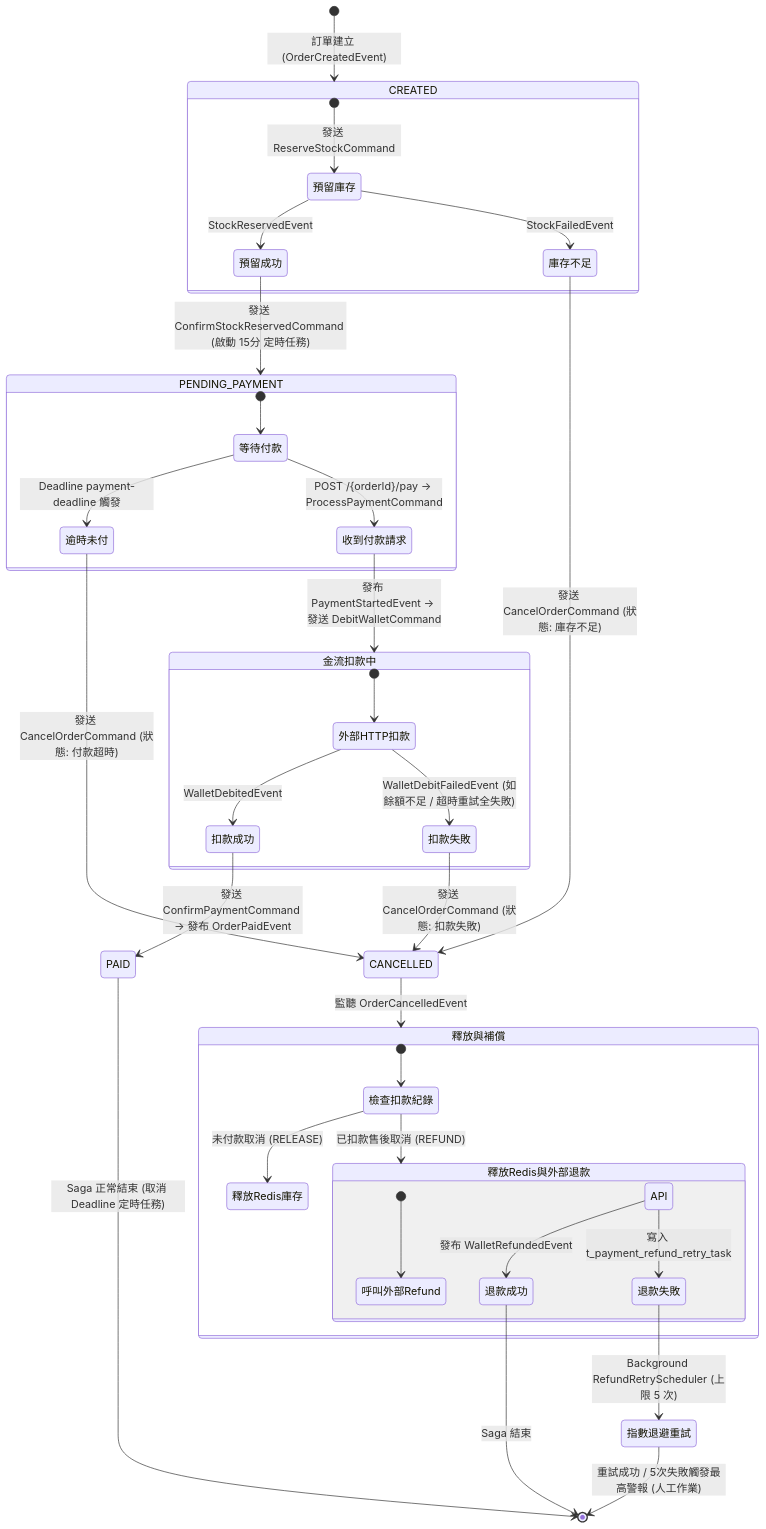
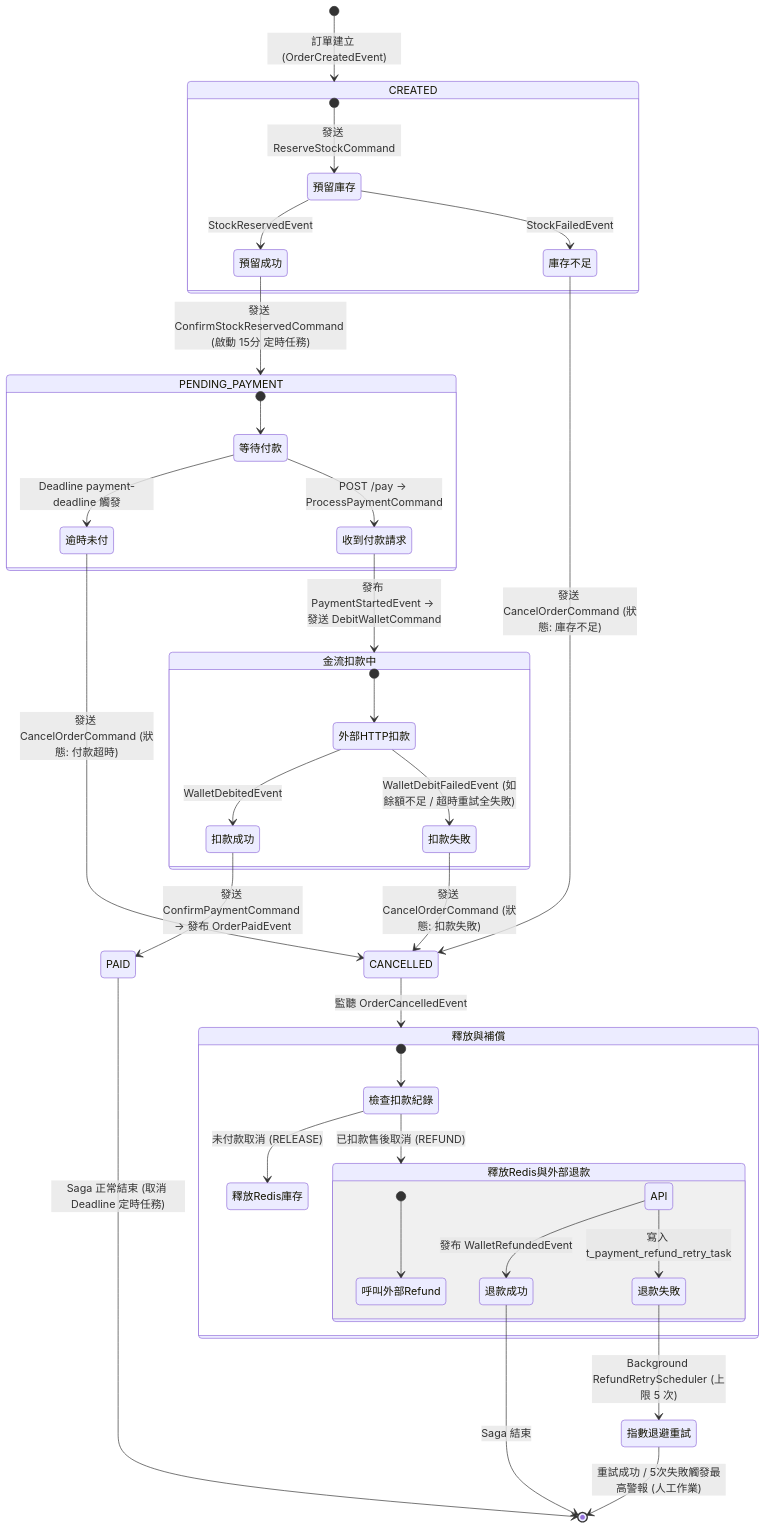
Before and after one commit to jmmylu1990/kafka-cqrs-demo: the diagram in README.md, drawn with Mermaid. The commit also changed other lines of this file and 1 other file, not shown here.

````diff
--- a/README.md
+++ b/README.md
@@ -67,53 +67,53 @@
 ```mermaid
 stateDiagram-v2
     [*] --> CREATED: 訂單建立 (OrderCreatedEvent)
     
     state CREATED {
         [*] --> 預留庫存: 發送 ReserveStockCommand
         預留庫存 --> 預留成功: StockReservedEvent
         預留庫存 --> 庫存不足: StockFailedEvent
     }
     
     庫存不足 --> CANCELLED: 發送 CancelOrderCommand (狀態: 庫存不足)
     
     預留成功 --> PENDING_PAYMENT: 發送 ConfirmStockReservedCommand (啟動 15分 定時任務)
     
     state PENDING_PAYMENT {
         [*] --> 等待付款
         等待付款 --> 逾時未付: Deadline payment-deadline 觸發
-        等待付款 --> 收到付款請求: POST /{orderId}/pay -> ProcessPaymentCommand
+        等待付款 --> 收到付款請求: POST /pay -> ProcessPaymentCommand
     }
     
     逾時未付 --> CANCELLED: 發送 CancelOrderCommand (狀態: 付款超時)
     
     收到付款請求 --> 金流扣款中: 發布 PaymentStartedEvent -> 發送 DebitWalletCommand
     
     state 金流扣款中 {
         [*] --> 外部HTTP扣款
         外部HTTP扣款 --> 扣款成功: WalletDebitedEvent
         外部HTTP扣款 --> 扣款失敗: WalletDebitFailedEvent (如餘額不足 / 超時重試全失敗)
     }
     
     扣款失敗 --> CANCELLED: 發送 CancelOrderCommand (狀態: 扣款失敗)
     扣款成功 --> PAID: 發送 ConfirmPaymentCommand -> 發布 OrderPaidEvent
     
     PAID --> [*]: Saga 正常結束 (取消 Deadline 定時任務)
     
     CANCELLED --> 釋放與補償: 監聽 OrderCancelledEvent
     
     state 釋放與補償 {
         [*] --> 檢查扣款紀錄
         檢查扣款紀錄 --> 釋放Redis庫存: 未付款取消 (RELEASE)
         檢查扣款紀錄 --> 釋放Redis與外部退款: 已扣款售後取消 (REFUND)
         
         state 釋放Redis與外部退款 {
             [*] --> 呼叫外部Refund API
             呼叫外部Refund API --> 退款成功: 發布 WalletRefundedEvent
             呼叫外部Refund API --> 退款失敗: 寫入 t_payment_refund_retry_task
         }
     }
     
     退款成功 --> [*]: Saga 結束
     退款失敗 --> 指數退避重試: Background RefundRetryScheduler (上限 5 次)
     指數退避重試 --> [*]: 重試成功 / 5次失敗觸發最高警報 (人工作業)
 ```
````
